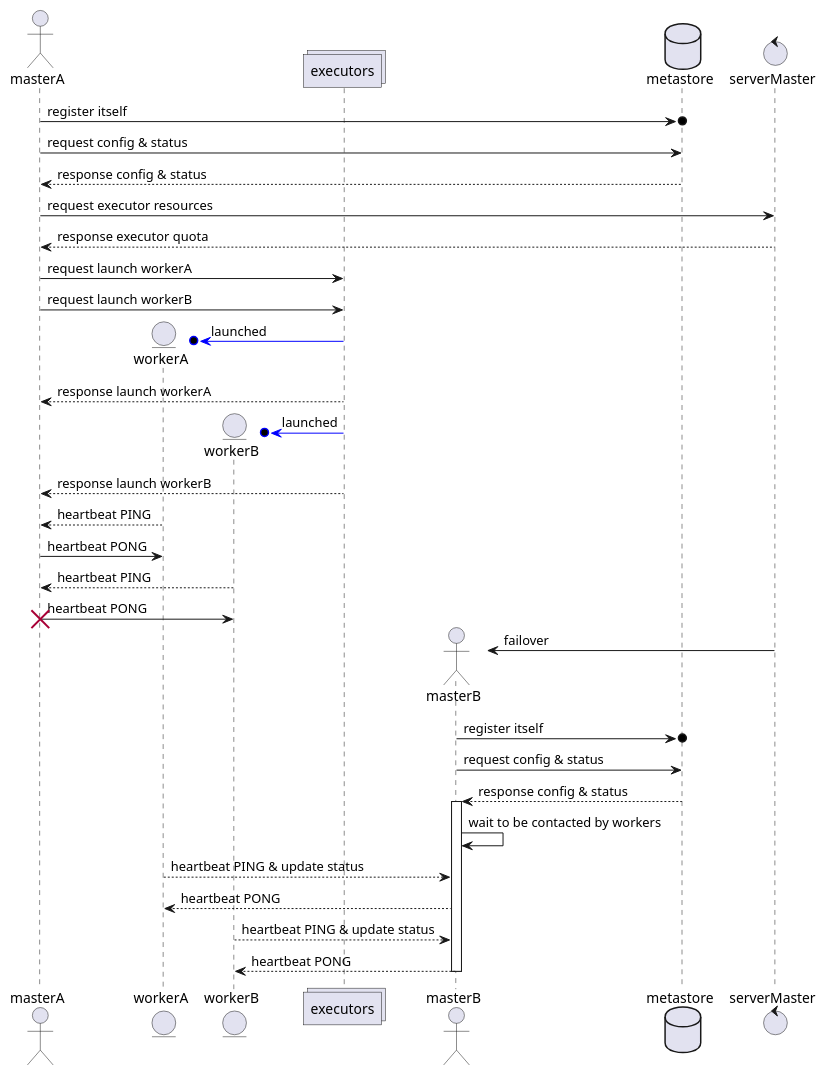
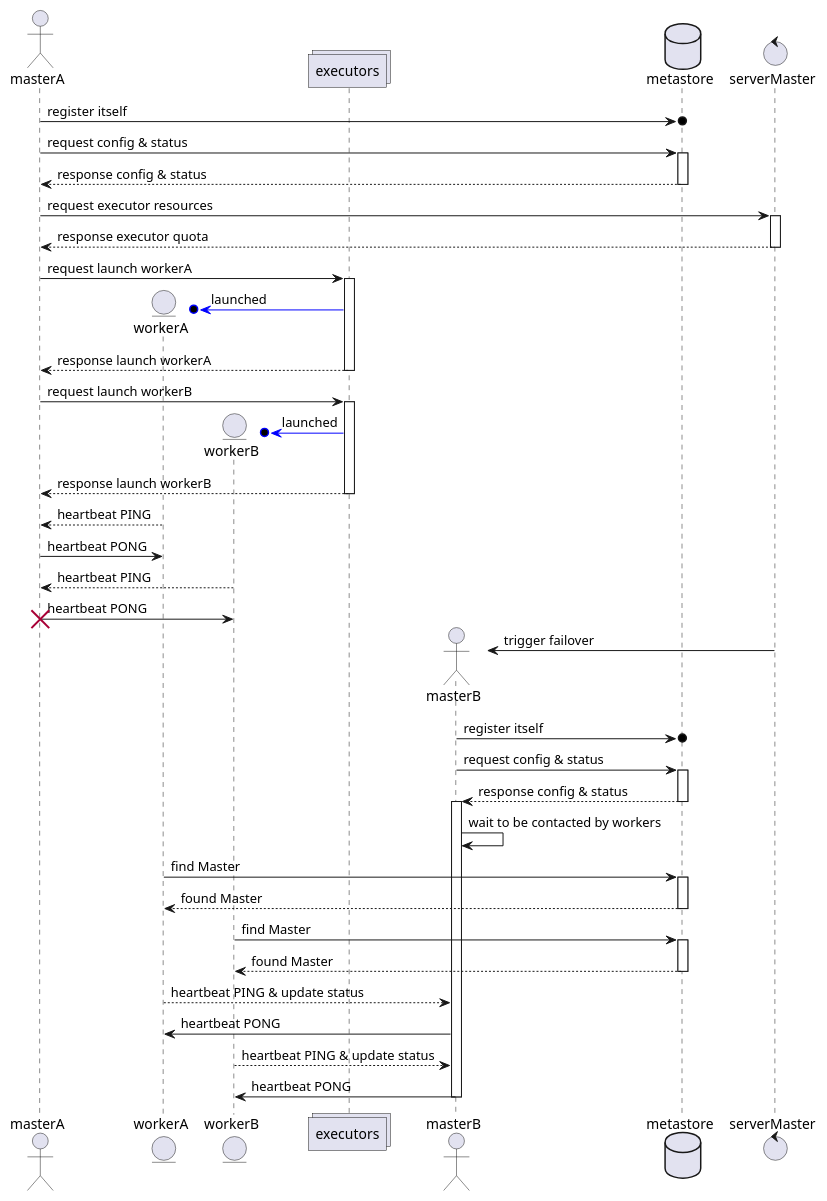
The diagram in lib/interaction.puml (hanfei1991/microcosm), drawn with PlantUML before and after one commit. The commit also changed 3 other files, not shown here.

```diff
--- a/lib/interaction.puml
+++ b/lib/interaction.puml
@@ -1,40 +1,59 @@
 @startuml
 actor       masterA
 entity      workerA
 entity      workerB
 collections executors
 actor       masterB
 database    metastore
 control     serverMaster
 masterA ->o metastore : register itself
 masterA -> metastore : request config & status
+activate metastore
 masterA <-- metastore : response config & status
+deactivate metastore
 masterA -> serverMaster : request executor resources
+activate serverMaster
 masterA <-- serverMaster : response executor quota
+deactivate serverMaster
 masterA -> executors : request launch workerA
-masterA -> executors : request launch workerB
+activate executors
 create workerA
 workerA o<-[#0000FF] executors: launched
 masterA <-- executors : response launch workerA
+deactivate executors
+masterA -> executors : request launch workerB
+activate executors
 create workerB
 workerB o<-[#0000FF] executors: launched
 masterA <-- executors : response launch workerB
+deactivate executors
 masterA <-- workerA : heartbeat PING
 masterA -> workerA : heartbeat PONG
 masterA <-- workerB : heartbeat PING
 masterA -> workerB : heartbeat PONG
 destroy masterA
 
 create masterB
-serverMaster -> masterB : failover
+serverMaster -> masterB : trigger failover
 masterB ->o metastore : register itself
 masterB -> metastore : request config & status
+activate metastore
 masterB <-- metastore : response config & status
+deactivate metastore
 activate masterB
 masterB -> masterB : wait to be contacted by workers
+
+workerA -> metastore : find Master
+activate metastore
+workerA <-- metastore : found Master
+deactivate metastore
+workerB -> metastore : find Master
+activate metastore
+workerB <-- metastore : found Master
+deactivate metastore
 workerA --> masterB : heartbeat PING & update status
-workerA <-- masterB : heartbeat PONG
+workerA <- masterB : heartbeat PONG
 workerB --> masterB : heartbeat PING & update status
-workerB <-- masterB : heartbeat PONG
+workerB <- masterB : heartbeat PONG
 deactivate masterB
 @enduml
```
